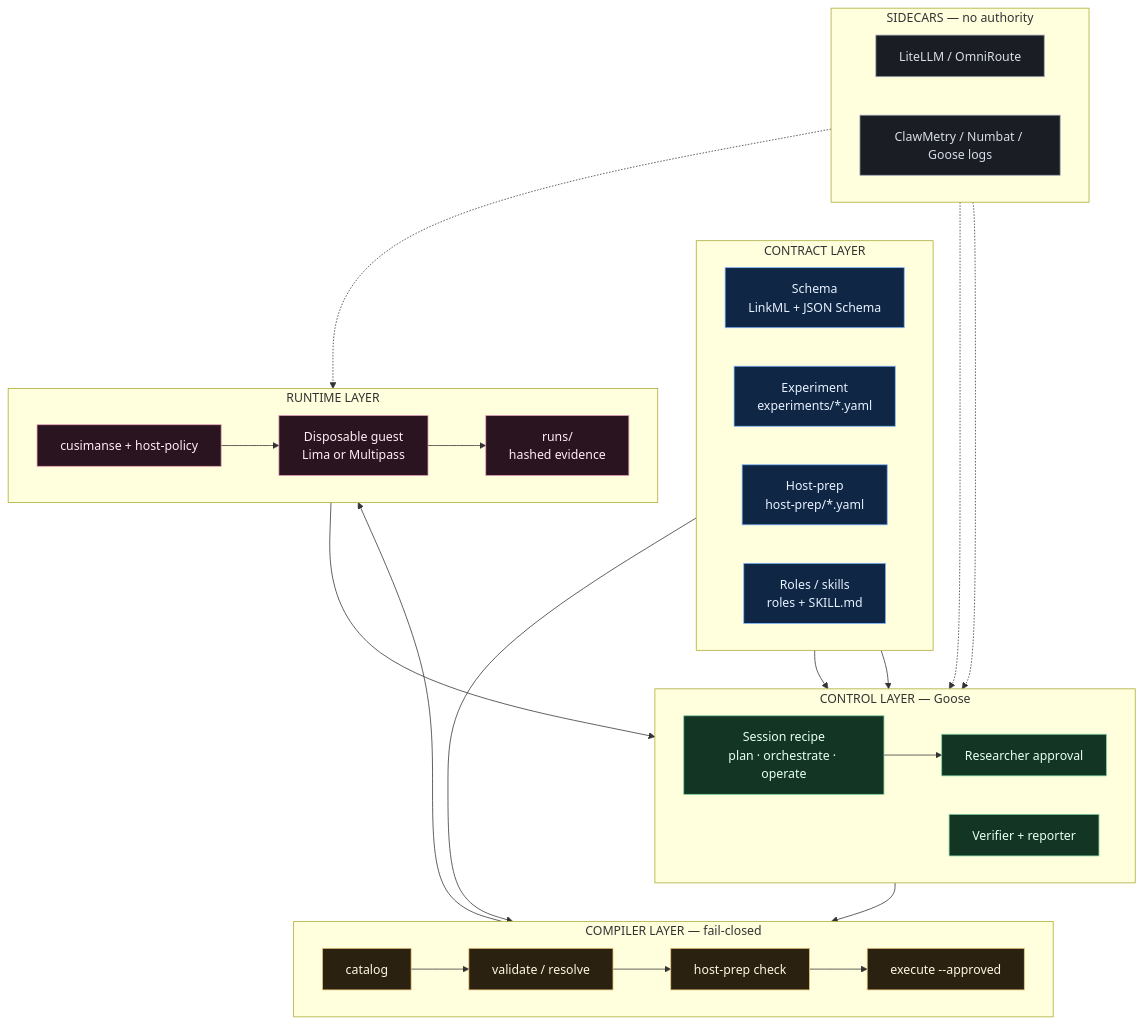
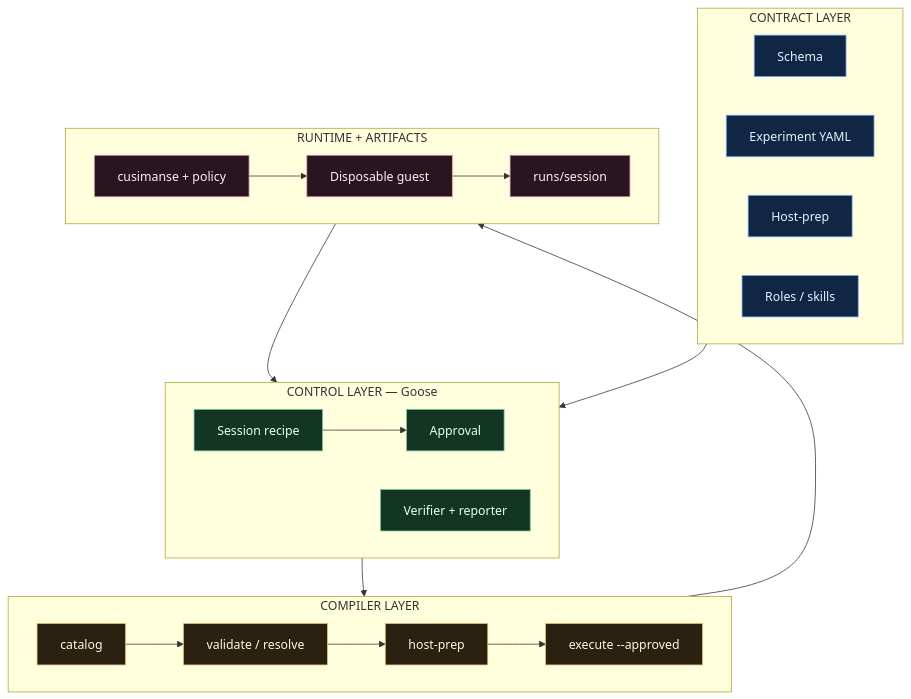
Before and after one commit to Opposum0112/Cusimanse: the diagram in README.md, drawn with Mermaid. The commit also changed other lines of this file, not shown here.

Commit message:
docs: document runs/ evidence and research artifact layout

````diff
--- a/README.md
+++ b/README.md
@@ -102,62 +41,45 @@
 ```mermaid
 flowchart TB
   classDef contract fill:#0f2744,stroke:#7eb6ff,color:#e8f1ff
   classDef control fill:#123524,stroke:#7dcea0,color:#eafff3
   classDef compile fill:#2b2110,stroke:#e8c47a,color:#fff6e0
   classDef runtime fill:#2a1420,stroke:#e8a0b8,color:#ffeef4
   classDef side fill:#1a1d24,stroke:#9aa3b2,color:#d7dde6
 
   subgraph CONTRACT["CONTRACT LAYER"]
     direction LR
-    S["Schema<br/>LinkML + JSON Schema"]
-    E["Experiment<br/>experiments/*.yaml"]
-    H["Host-prep<br/>host-prep/*.yaml"]
-    R["Roles / skills<br/>roles + SKILL.md"]
+    S["Schema"]
+    E["Experiment YAML"]
+    H["Host-prep"]
+    R["Roles / skills"]
   end
 
   subgraph CONTROL["CONTROL LAYER — Goose"]
     direction LR
-    G["Session recipe<br/>plan · orchestrate · operate"]
-    AP["Researcher approval"]
+    G["Session recipe"]
+    AP["Approval"]
     VR["Verifier + reporter"]
   end
 
-  subgraph COMPILE["COMPILER LAYER — fail-closed"]
+  subgraph COMPILE["COMPILER LAYER"]
     direction LR
     CA["catalog"]
     VA["validate / resolve"]
-    HP["host-prep check"]
+    HP["host-prep"]
     EX["execute --approved"]
   end
 
-  subgraph RUNTIME["RUNTIME LAYER"]
+  subgraph RUNTIME["RUNTIME + ARTIFACTS"]
     direction LR
-    EN["cusimanse + host-policy"]
-    VM["Disposable guest<br/>Lima or Multipass"]
-    EV["runs/<session><br/>hashed evidence"]
+    EN["cusimanse + policy"]
+    VM["Disposable guest"]
+    EV["runs/session"]
   end
 
-  subgraph SIDE["SIDECARS — no authority"]
-    direction LR
-    GW["LiteLLM / OmniRoute"]
-    OB["ClawMetry / Numbat / Goose logs"]
-  end
-
-  E --> G
-  R --> G
-  H --> HP
-  G --> AP
-  AP --> CA
-  CA --> VA --> HP --> EX
-  EX --> EN --> VM --> EV
-  EV --> VR
-  GW -.-> G
-  OB -.-> G
-  OB -.-> EV
+  E --> G --> AP --> CA --> VA --> HP --> EX --> EN --> VM --> EV --> VR
 
   class S,E,H,R contract
   class G,AP,VR control
   class CA,VA,HP,EX compile
   class EN,VM,EV runtime
-  class GW,OB side
 ```
````
